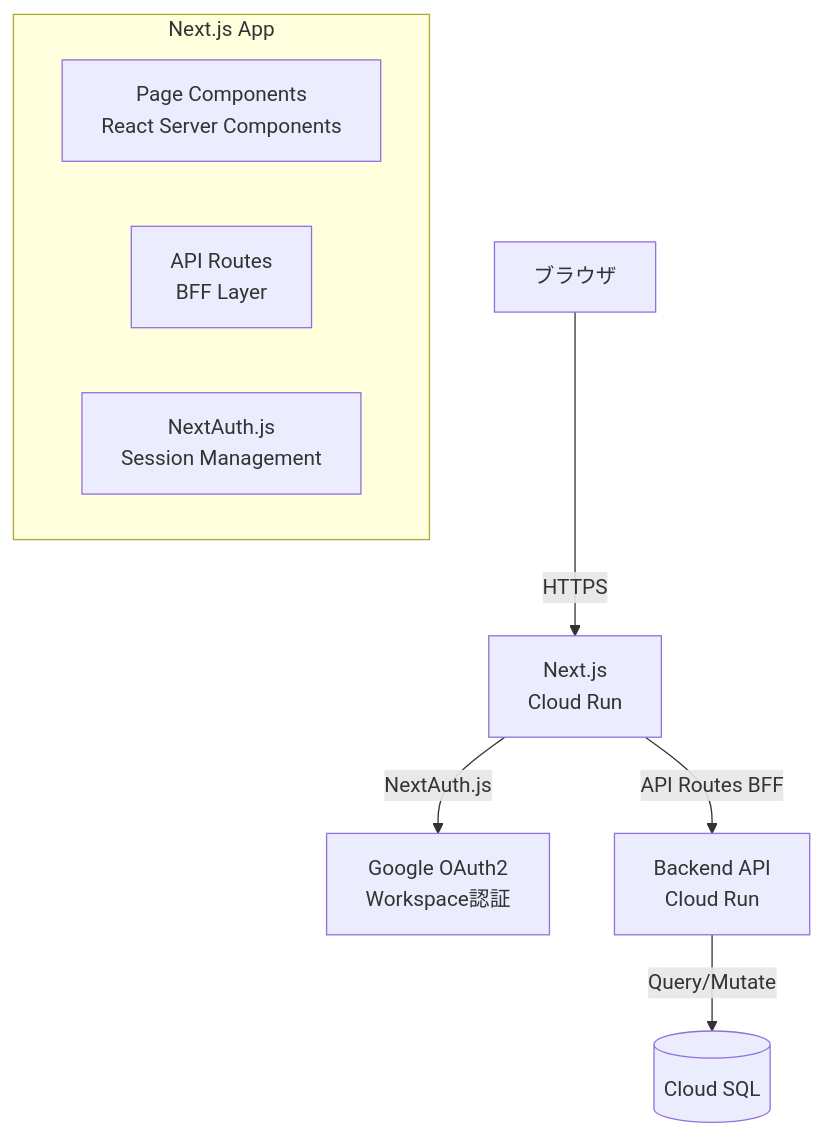
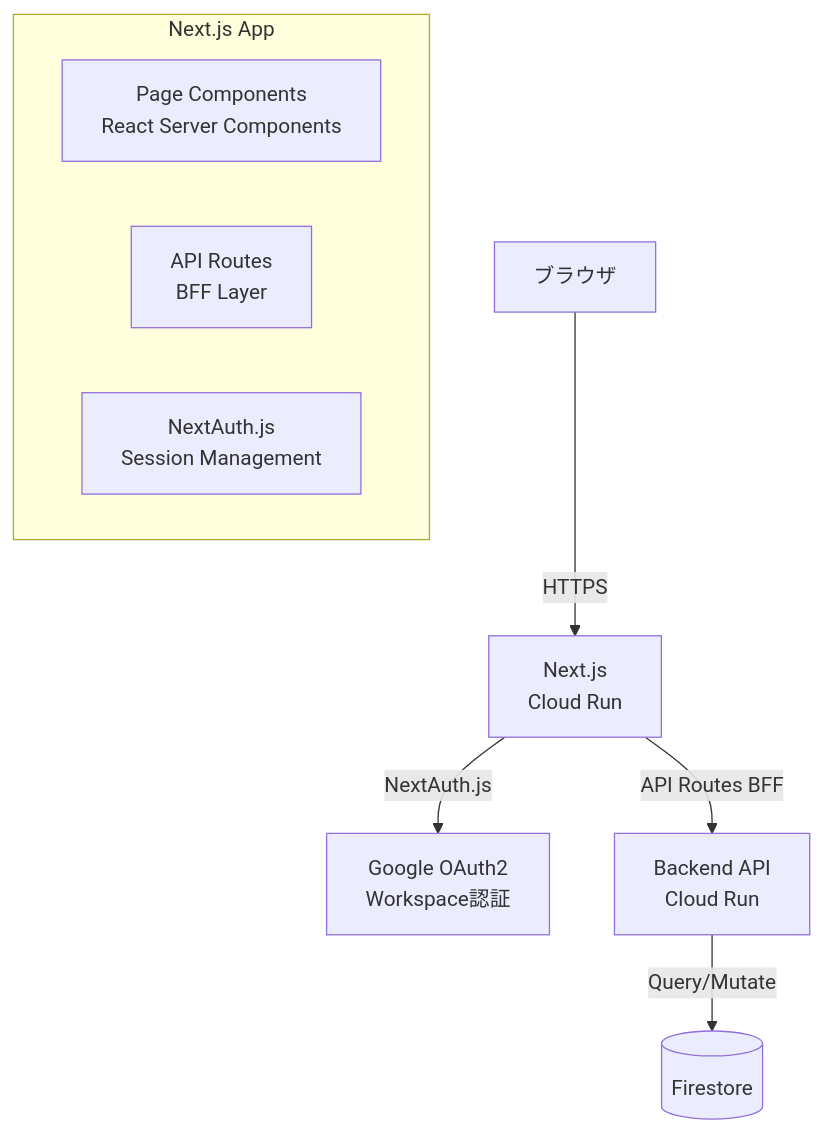
One commit to yasushihonda-acg/hr-system changed the first of 2 diagrams in docs/adr/ADR-005-frontend-technology.md. Above: the diagram before and after it, drawn with Mermaid. The commit also changed other lines of this file and 22 other files, not shown here.

First line of the commit message:
feat: migrate database from Cloud SQL to Firestore + BigQuery (#2)

````diff
--- a/docs/adr/ADR-005-frontend-technology.md
+++ b/docs/adr/ADR-005-frontend-technology.md
@@ -60,13 +60,13 @@
 ```mermaid
 graph TD
     Browser[ブラウザ] -->|HTTPS| NextJS[Next.js<br/>Cloud Run]
     NextJS -->|NextAuth.js| GoogleOAuth[Google OAuth2<br/>Workspace認証]
     NextJS -->|API Routes BFF| BackendAPI[Backend API<br/>Cloud Run]
-    BackendAPI -->|Query/Mutate| DB[(Cloud SQL)]
+    BackendAPI -->|Query/Mutate| DB[(Firestore)]
 
     subgraph "Next.js App"
         Pages[Page Components<br/>React Server Components]
         API[API Routes<br/>BFF Layer]
         Auth[NextAuth.js<br/>Session Management]
     end
 ```
````
